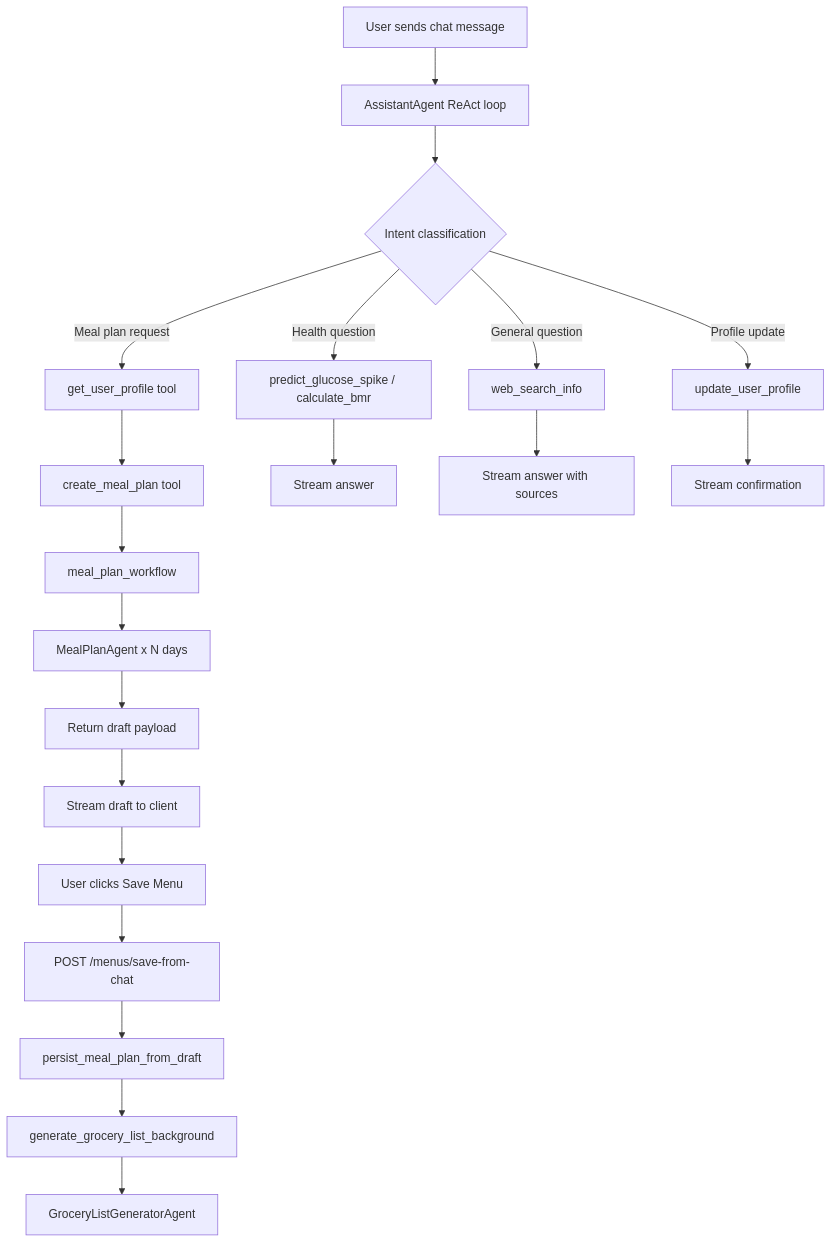
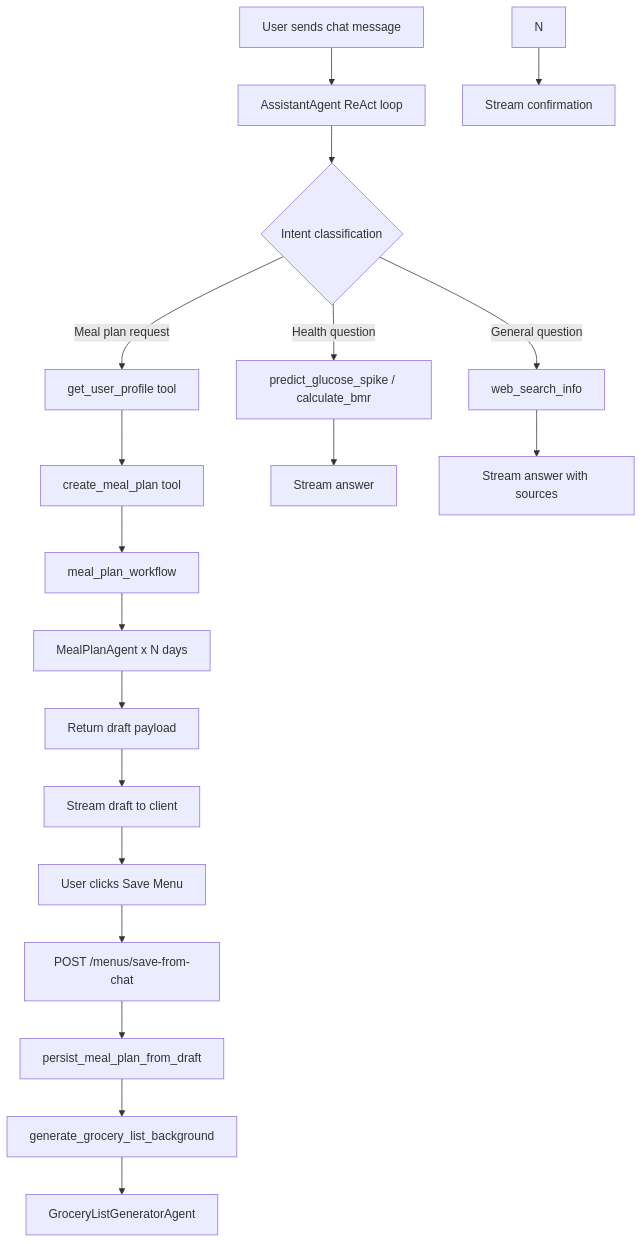
The seventh of 7 diagrams in backend/docs/05-multi-agent-system.md (huyphan5677/nutri_chatbot), drawn with Mermaid before and after one commit. The commit also changed other lines of this file and 3 other files, not shown here.

Commit message:
refactor: delete update_user_profile function

````diff
--- a/backend/docs/05-multi-agent-system.md
+++ b/backend/docs/05-multi-agent-system.md
@@ -515,27 +522,26 @@
 ```mermaid
 graph TB
     A["User sends chat message"] --> B["AssistantAgent ReAct loop"]
     B --> C{"Intent classification"}
 
     C -- "Meal plan request" --> D["get_user_profile tool"]
     D --> E["create_meal_plan tool"]
     E --> F["meal_plan_workflow"]
     F --> G["MealPlanAgent x N days"]
     G --> H["Return draft payload"]
     H --> I["Stream draft to client"]
 
     C -- "Health question" --> J["predict_glucose_spike / calculate_bmr"]
     J --> K["Stream answer"]
 
     C -- "General question" --> L["web_search_info"]
     L --> M["Stream answer with sources"]
 
-    C -- "Profile update" --> N["update_user_profile"]
     N --> O["Stream confirmation"]
 
     I --> P["User clicks Save Menu"]
     P --> Q["POST /menus/save-from-chat"]
     Q --> R["persist_meal_plan_from_draft"]
     R --> S["generate_grocery_list_background"]
     S --> T["GroceryListGeneratorAgent"]
 ```
````
